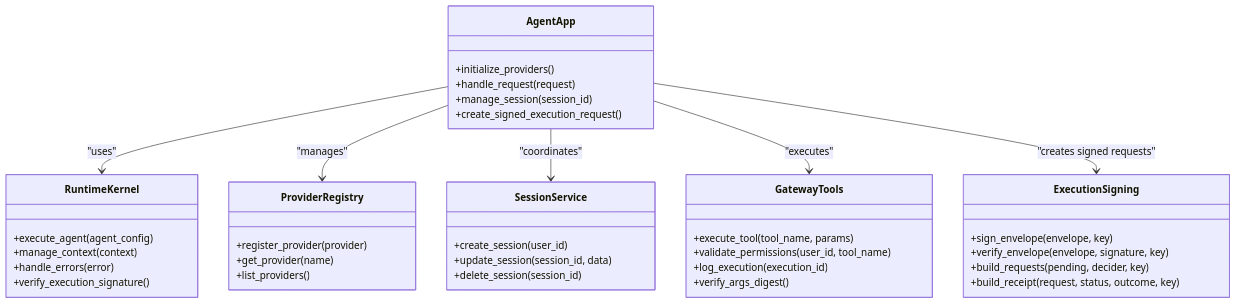
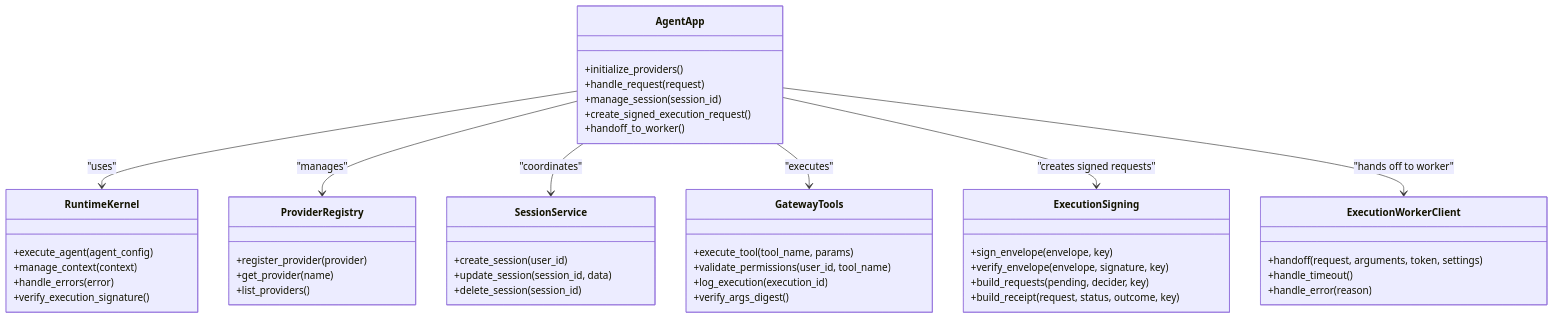
Before and after one commit to metasync/luban-aiops: the third of 8 diagrams in .qoder/repowiki/en/content/Project Overview.md, drawn with Mermaid. The commit also changed other lines of this file and 2 other files, not shown here.

````diff
--- a/.qoder/repowiki/en/content/Project Overview.md
+++ b/.qoder/repowiki/en/content/Project Overview.md
@@ -227,42 +234,49 @@
 ```mermaid
 classDiagram
 class AgentApp {
 +initialize_providers()
 +handle_request(request)
 +manage_session(session_id)
 +create_signed_execution_request()
++handoff_to_worker()
 }
 class RuntimeKernel {
 +execute_agent(agent_config)
 +manage_context(context)
 +handle_errors(error)
 +verify_execution_signature()
 }
 class ProviderRegistry {
 +register_provider(provider)
 +get_provider(name)
 +list_providers()
 }
 class SessionService {
 +create_session(user_id)
 +update_session(session_id, data)
 +delete_session(session_id)
 }
 class GatewayTools {
 +execute_tool(tool_name, params)
 +validate_permissions(user_id, tool_name)
 +log_execution(execution_id)
 +verify_args_digest()
 }
 class ExecutionSigning {
 +sign_envelope(envelope, key)
 +verify_envelope(envelope, signature, key)
 +build_requests(pending, decider, key)
 +build_receipt(request, status, outcome, key)
 }
+class ExecutionWorkerClient {
++handoff(request, arguments, token, settings)
++handle_timeout()
++handle_error(reason)
+}
 AgentApp --> RuntimeKernel : "uses"
 AgentApp --> ProviderRegistry : "manages"
 AgentApp --> SessionService : "coordinates"
 AgentApp --> GatewayTools : "executes"
 AgentApp --> ExecutionSigning : "creates signed requests"
+AgentApp --> ExecutionWorkerClient : "hands off to worker"
 ```
````
